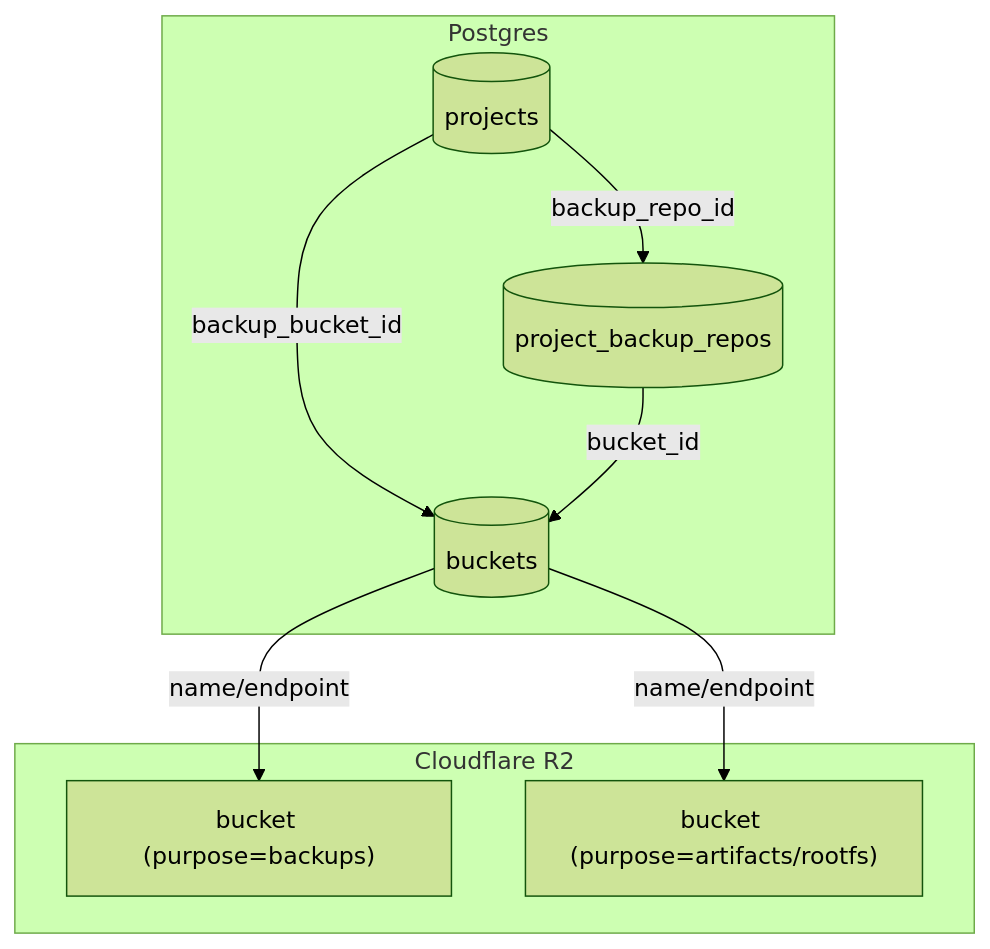
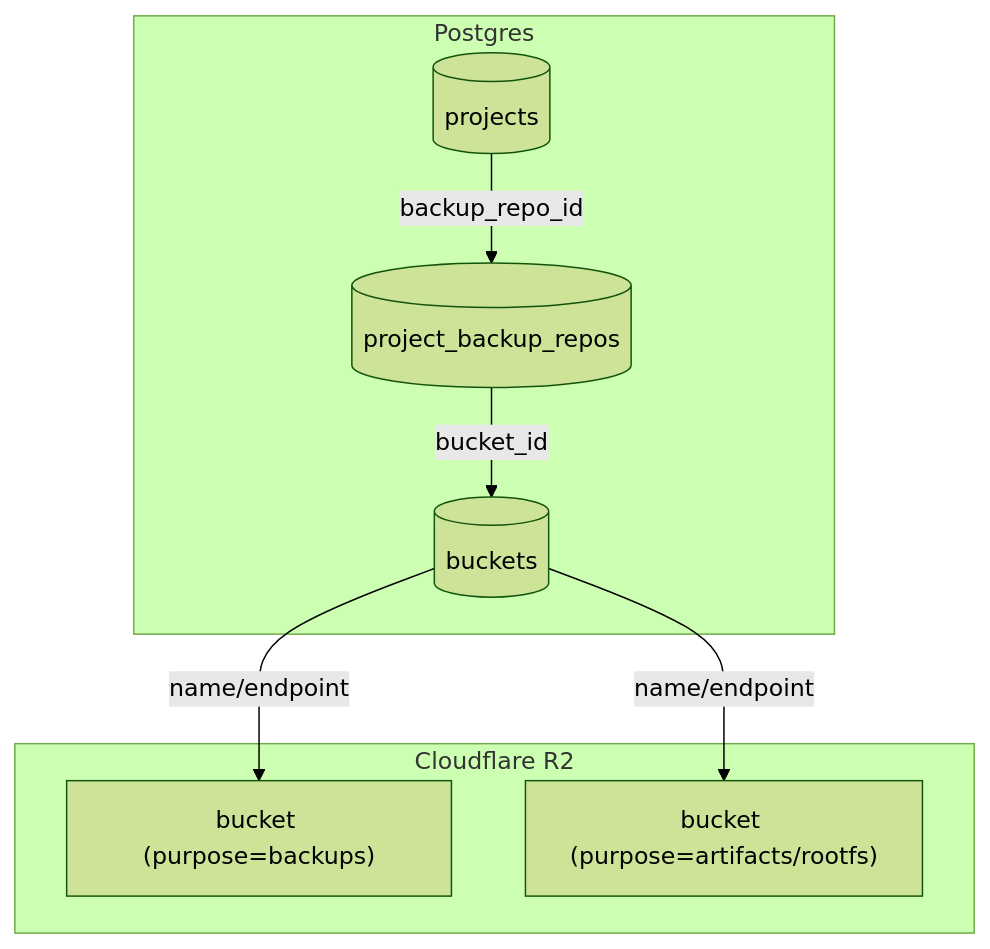
One commit to sagemathinc/cocalc-ai changed the diagram in docs/buckets.md. Above: the diagram before and after it, drawn with Mermaid (forest theme). The commit also changed other lines of this file and 11 other files, not shown here.

````diff
--- a/docs/buckets.md
+++ b/docs/buckets.md
@@ -25,20 +25,19 @@
 ```mermaid
 flowchart TD
   subgraph DB[Postgres]
     Projects[(projects)]
     Buckets[(buckets)]
     BackupRepos[(project_backup_repos)]
   end
 
-  Projects -->|backup_bucket_id| Buckets
   Projects -->|backup_repo_id| BackupRepos
   BackupRepos -->|bucket_id| Buckets
 
   subgraph R2[Cloudflare R2]
     BackupBuckets["bucket (purpose=backups)"]
     ArtifactBuckets["bucket (purpose=artifacts/rootfs)"]
   end
 
   Buckets -->|name/endpoint| BackupBuckets
   Buckets -->|name/endpoint| ArtifactBuckets
 ```
````
